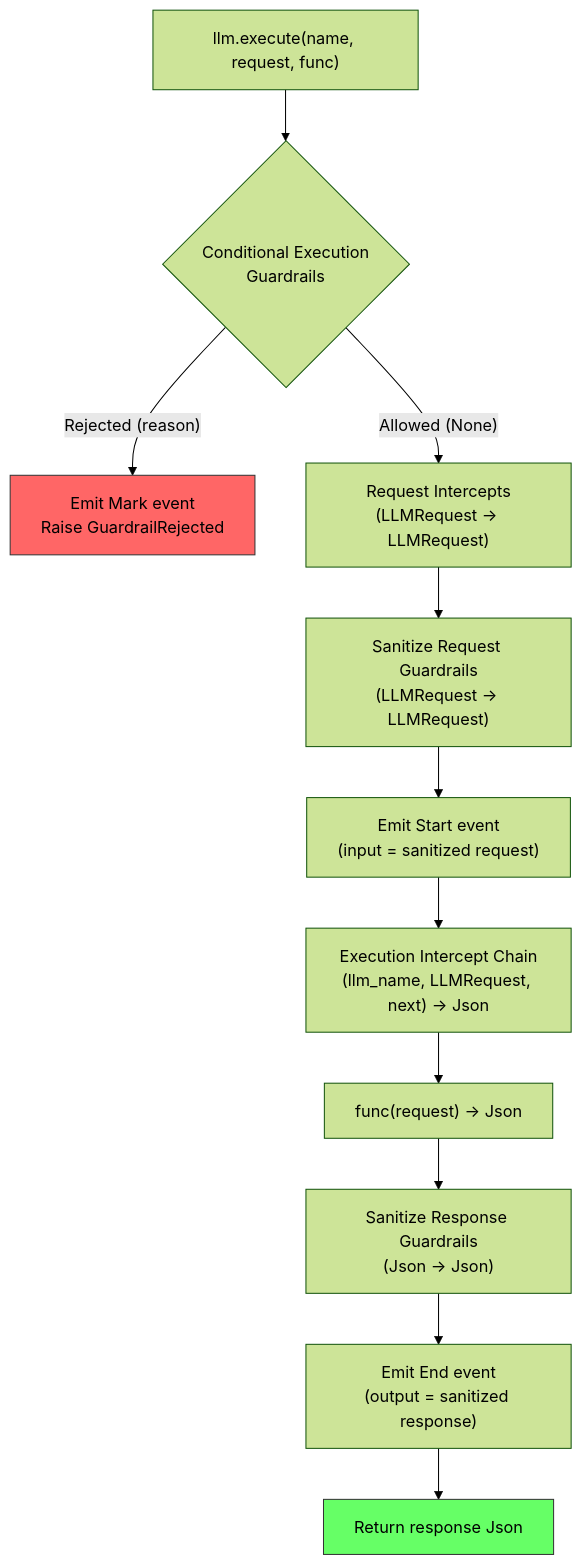
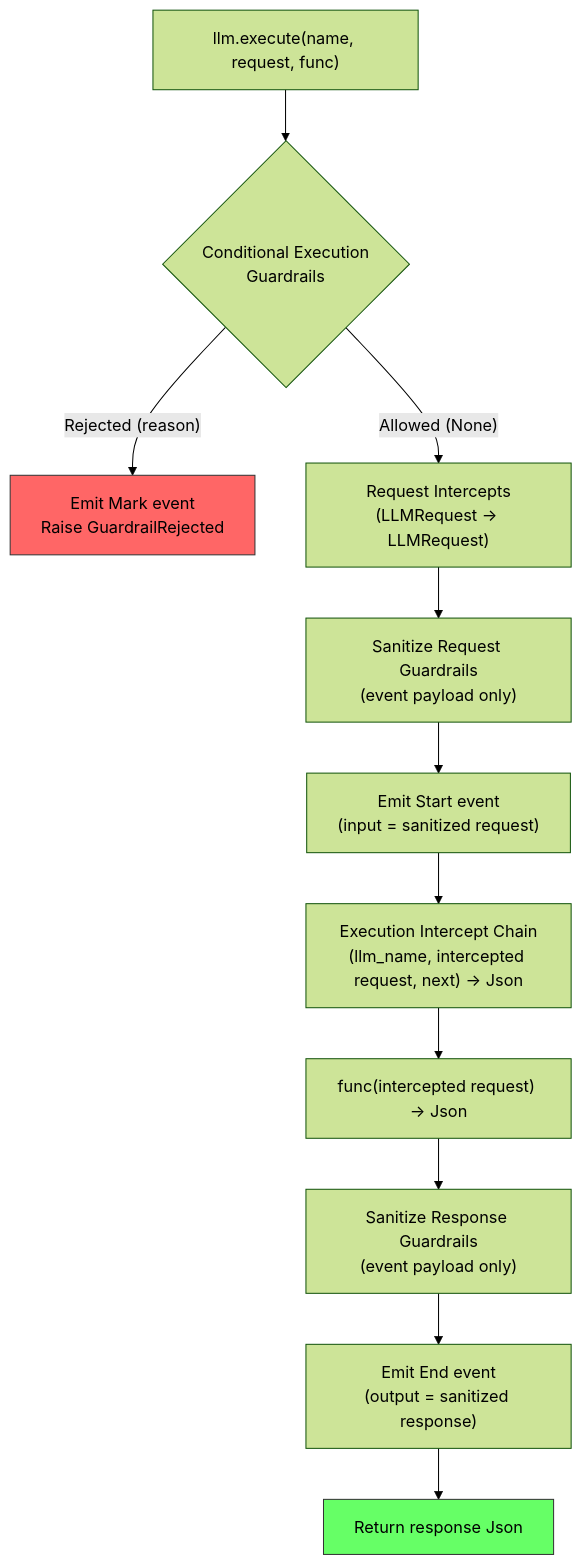
The second of 3 diagrams in docs/middleware-pipeline.md (NVIDIA/NeMo-Relay), drawn with Mermaid (forest theme) before and after one commit. The commit also changed other lines of this file and 8 other files, not shown here.

````diff
--- a/docs/middleware-pipeline.md
+++ b/docs/middleware-pipeline.md
@@ -50,16 +57,16 @@
 ```mermaid
 flowchart TD
     A["llm.execute(name, request, func)"] --> B{Conditional Execution<br/>Guardrails}
     B -->|"Rejected (reason)"| C["Emit Mark event<br/>Raise GuardrailRejected"]
     B -->|"Allowed (None)"| D["Request Intercepts<br/>(LLMRequest → LLMRequest)"]
-    D --> E["Sanitize Request Guardrails<br/>(LLMRequest → LLMRequest)"]
+    D --> E["Sanitize Request Guardrails<br/>(event payload only)"]
     E --> F["Emit Start event<br/>(input = sanitized request)"]
-    F --> G["Execution Intercept Chain<br/>(llm_name, LLMRequest, next) → Json"]
-    G --> H["func(request) → Json"]
-    H --> I["Sanitize Response Guardrails<br/>(Json → Json)"]
+    F --> G["Execution Intercept Chain<br/>(llm_name, intercepted request, next) → Json"]
+    G --> H["func(intercepted request) → Json"]
+    H --> I["Sanitize Response Guardrails<br/>(event payload only)"]
     I --> J["Emit End event<br/>(output = sanitized response)"]
     J --> K[Return response Json]
 
     style C fill:#f66,stroke:#333
     style K fill:#6f6,stroke:#333
 ```
````
